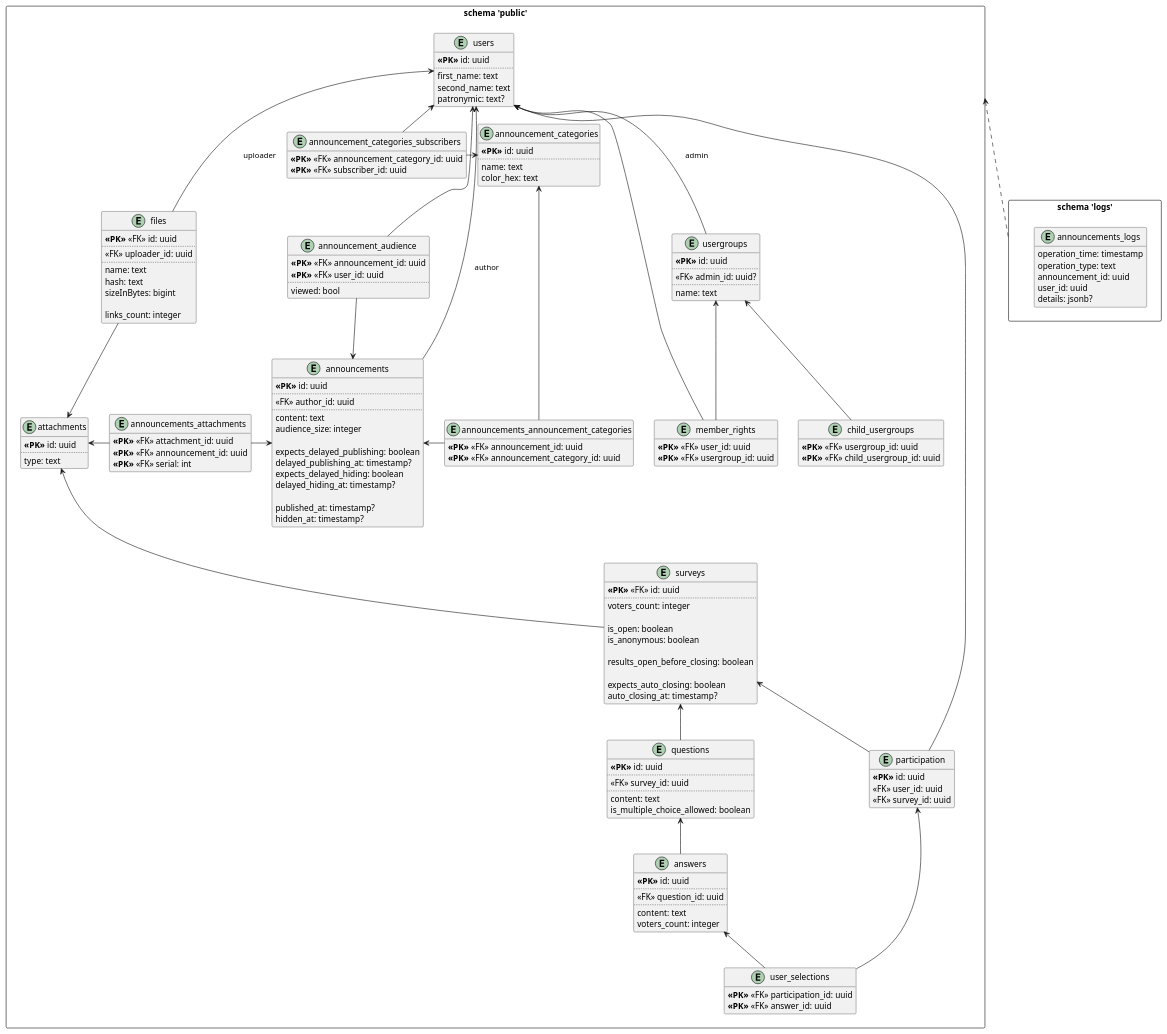
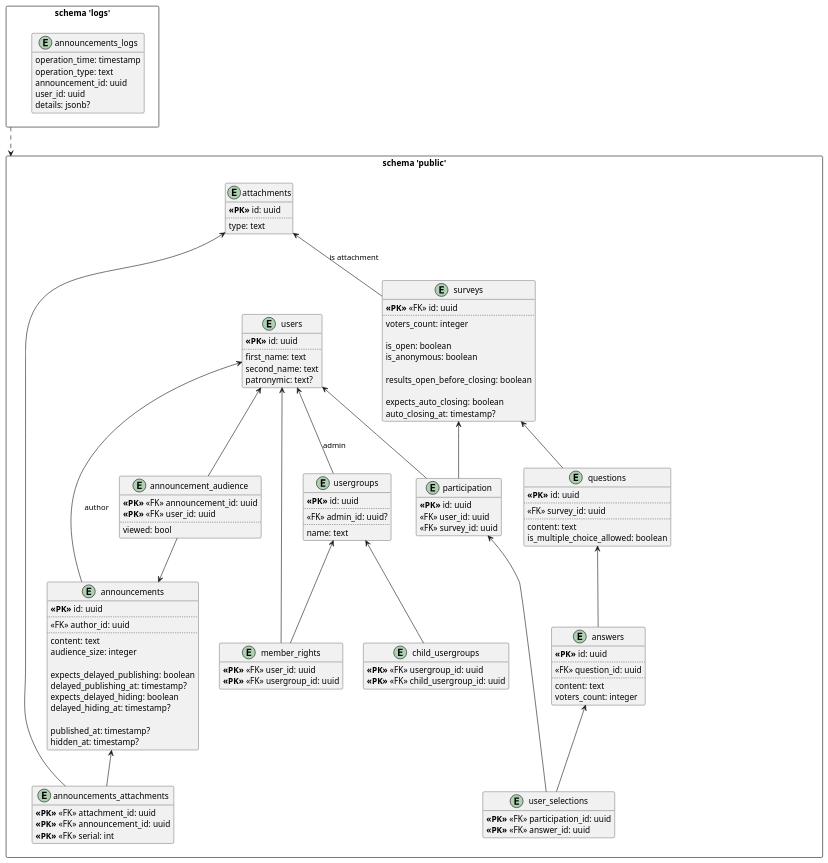
The diagram in doc/диаграммы/база-данных/основная-бд.puml (astu-app/ASTU-Bulletin-Board-Server), drawn with PlantUML before and after one commit. The commit also changed 3 other files, not shown here.

Commit message:
мелкие правки в диаграммах

```diff
--- a/doc/диаграммы/база-данных/основная-бд.puml
+++ b/doc/диаграммы/база-данных/основная-бд.puml
@@ -1,184 +1,149 @@
 @startuml
 'https://plantuml.com/class-diagram
 
 hide methods
 
 ' public schema
 rectangle "schema 'public'" as public_schema { 
     entity users {
         <b><<PK>></b> id: uuid
         ..
         first_name: text
         second_name: text
         patronymic: text?
     }
     
     entity announcements {
         <b><<PK>></b> id: uuid
         ..
         <<FK>> author_id: uuid
         ..
         content: text
         audience_size: integer
         
         expects_delayed_publishing: boolean
         delayed_publishing_at: timestamp?
         expects_delayed_hiding: boolean
         delayed_hiding_at: timestamp?
         
         published_at: timestamp?
         hidden_at: timestamp?
     }
     users <-- announcements : author
     
     entity announcement_audience {
         <b><<PK>></b> <<FK>> announcement_id: uuid
         <b><<PK>></b> <<FK>> user_id: uuid
         ..
         viewed: bool
     }
     announcements <-up- announcement_audience
     users <-- announcement_audience
     
     entity usergroups {
         <b><<PK>></b> id: uuid
         ..
         <<FK>> admin_id: uuid?
         ..
         name: text
     }
     users <-- usergroups : admin
     
     entity child_usergroups {
         <b><<PK>></b> <<FK>> usergroup_id: uuid
         <b><<PK>></b> <<FK>> child_usergroup_id: uuid
     }
     usergroups <-- child_usergroups
     
     entity member_rights {
         <b><<PK>></b> <<FK>> user_id: uuid
         <b><<PK>></b> <<FK>> usergroup_id: uuid
     }
     usergroups <-- member_rights
     users <-- member_rights
-    
-    entity announcement_categories {
-        <b><<PK>></b> id: uuid
-        ..
-        name: text
-        color_hex: text
-    }
-    
-    entity announcements_announcement_categories {
-        <b><<PK>></b> <<FK>> announcement_id: uuid
-        <b><<PK>></b> <<FK>> announcement_category_id: uuid
-    }
-    announcements <-right- announcements_announcement_categories
-    announcement_categories <-- announcements_announcement_categories
-    
-    entity announcement_categories_subscribers {
-        <b><<PK>></b> <<FK>> announcement_category_id: uuid
-        <b><<PK>></b> <<FK>> subscriber_id: uuid
-    }
-    announcement_categories <-left- announcement_categories_subscribers
-    users <-right- announcement_categories_subscribers
-    
+
     entity attachments {
         <b><<PK>></b> id: uuid
         ..
         type: text
     }
 
     entity announcements_attachments {
         <b><<PK>></b> <<FK>> attachment_id: uuid
         <b><<PK>></b> <<FK>> announcement_id: uuid
         <b><<PK>></b> <<FK>> serial: int
     }
-    announcements <-left- announcements_attachments
-    attachments <-right- announcements_attachments
-    
-    entity files {
-        <b><<PK>></b> <<FK>> id: uuid
-        ..
-        <<FK>> uploader_id: uuid
-        ..
-        name: text
-        hash: text
-        sizeInBytes: bigint
-        
-        links_count: integer
-    }
-    users <-- files : uploader
-    attachments <-up- files
-    
+    announcements <-- announcements_attachments
+    attachments <-- announcements_attachments
+
     entity surveys {
         <b><<PK>></b> <<FK>> id: uuid
         ..
         voters_count: integer
         
         is_open: boolean
         is_anonymous: boolean
         
         results_open_before_closing: boolean
         
         expects_auto_closing: boolean
         auto_closing_at: timestamp?
     }
-    attachments <-- surveys 
+    attachments <-- surveys : is attachment
     
     entity questions {
         <b><<PK>></b> id: uuid
         ..
         <<FK>> survey_id: uuid
         ..
         content: text    
         is_multiple_choice_allowed: boolean
     }
     surveys <-- questions
     
     entity answers {
         <b><<PK>></b> id: uuid
         ..
         <<FK>> question_id: uuid
         ..
         content: text
         voters_count: integer
     }
     questions <-- answers
     note right of answers::answer_type
         Атрибут определяет 
         хранящийся в записи тип вопроса
     end note
     
     entity participation {
         <b><<PK>></b> id: uuid
         <<FK>> user_id: uuid
         <<FK>> survey_id: uuid
     }
     users <-- participation
     surveys <-- participation
     
     entity user_selections {
         <b><<PK>></b> <<FK>> participation_id: uuid
         <b><<PK>></b> <<FK>> answer_id: uuid
     }
     participation <-- user_selections
     answers <-- user_selections
 }
 
 
 
 ' logs schema
 rectangle "schema 'logs'" as logs_schema {
     entity announcements_logs {
         operation_time: timestamp
         operation_type: text
         announcement_id: uuid
         user_id: uuid
         details: jsonb?
     }
 }
-public_schema <.. logs_schema
+public_schema <.up. logs_schema
 'archive_schema <.. logs_schema
 
 @enduml 
```
